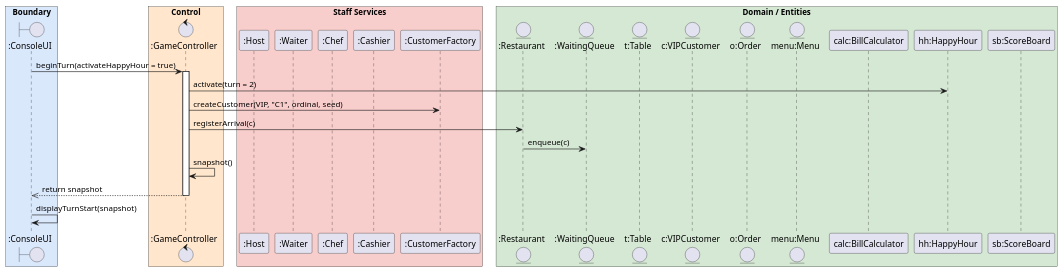
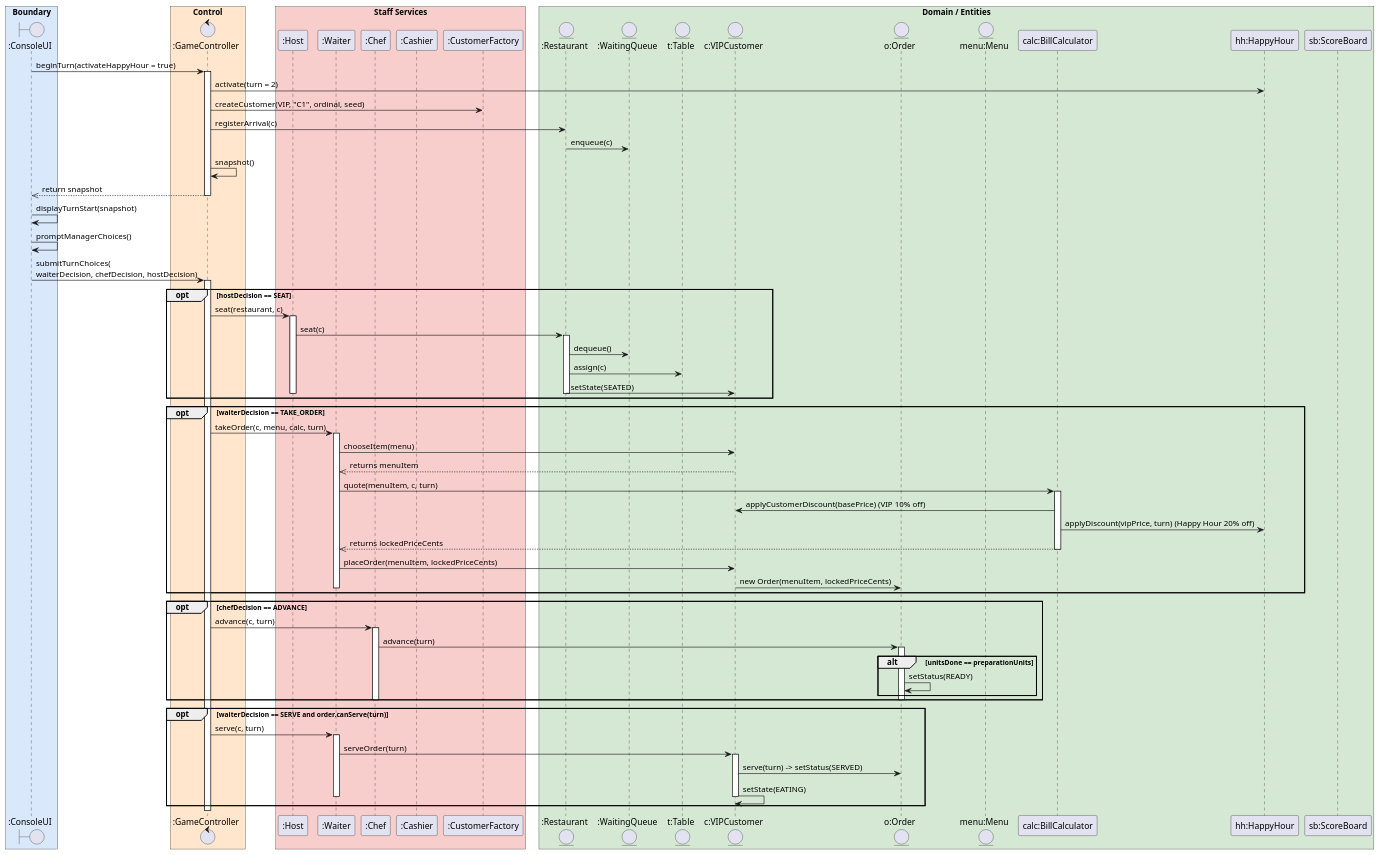
Before and after one commit to Chin-Wee/Restaurant_Rush: the diagram in RestaurantRush_SequenceDiagram.puml, drawn with PlantUML.

Commit message:
docs(sequence-diagram): trace turn start sequence and customer arrival

```diff
--- a/RestaurantRush_SequenceDiagram.puml
+++ b/RestaurantRush_SequenceDiagram.puml
@@ -1,43 +1,103 @@
 @startuml
 skinparam shadowing false
 skinparam boxPadding 10
 
 box "Boundary" #DAE8FC
 boundary ":ConsoleUI" as ConsoleUI
 end box
 
 box "Control" #FFE6CC
 control ":GameController" as GameController
 end box
 
 box "Staff Services" #F8CECC
 participant ":Host" as Host
 participant ":Waiter" as Waiter
 participant ":Chef" as Chef
 participant ":Cashier" as Cashier
 participant ":CustomerFactory" as CustomerFactory
 end box
 
 box "Domain / Entities" #D5E8D4
 entity ":Restaurant" as Restaurant
 entity ":WaitingQueue" as WaitingQueue
 entity "t:Table" as t
 entity "c:VIPCustomer" as c
 entity "o:Order" as o
 entity "menu:Menu" as menu
 participant "calc:BillCalculator" as calc
 participant "hh:HappyHour" as hh
 participant "sb:ScoreBoard" as sb
 end box
 ' ==== Phase 1 (Turn 2): Start of Turn & Display ====
 ConsoleUI -> GameController : beginTurn(activateHappyHour = true)
 activate GameController
 GameController -> hh : activate(turn = 2)
 GameController -> CustomerFactory : createCustomer(VIP, "C1", ordinal, seed)
 GameController -> Restaurant : registerArrival(c)
 Restaurant -> WaitingQueue : enqueue(c)
 GameController -> GameController : snapshot()
 GameController -->> ConsoleUI : return snapshot
 deactivate GameController
 ConsoleUI -> ConsoleUI : displayTurnStart(snapshot)
+
+' ==== Phase 2 (Turn 2): Manager Input & Decisions ====
+ConsoleUI -> ConsoleUI : promptManagerChoices()
+ConsoleUI -> GameController : submitTurnChoices(\nwaiterDecision, chefDecision, hostDecision)
+activate GameController
+
+' ==== Phase 3 (Turn 2): Seating decision (opt frame) ====
+opt hostDecision == SEAT
+GameController -> Host : seat(restaurant, c)
+activate Host
+Host -> Restaurant : seat(c)
+activate Restaurant
+Restaurant -> WaitingQueue : dequeue()
+Restaurant -> t : assign(c)
+Restaurant -> c : setState(SEATED)
+deactivate Restaurant
+deactivate Host
+end
+
+' ==== Phase 3 (Turn 2): Order placement (opt frame) ====
+opt waiterDecision == TAKE_ORDER
+GameController -> Waiter : takeOrder(c, menu, calc, turn)
+activate Waiter
+Waiter -> c : chooseItem(menu)
+c -->> Waiter : returns menuItem
+Waiter -> calc : quote(menuItem, c, turn)
+activate calc
+calc -> c : applyCustomerDiscount(basePrice) (VIP 10% off)
+calc -> hh : applyDiscount(vipPrice, turn) (Happy Hour 20% off)
+calc -->> Waiter : returns lockedPriceCents
+deactivate calc
+Waiter -> c : placeOrder(menuItem, lockedPriceCents)
+c -> o : new Order(menuItem, lockedPriceCents)
+deactivate Waiter
+end
+
+' ==== Phase 4 (Turn 2): Kitchen preparation (opt + alt frames) ====
+opt chefDecision == ADVANCE
+GameController -> Chef : advance(c, turn)
+activate Chef
+Chef -> o : advance(turn)
+activate o
+alt unitsDone == preparationUnits
+o -> o : setStatus(READY)
+end
+deactivate o
+deactivate Chef
+end
+
+' ==== Phase 4 (Turn 2): Serving (opt frame) ====
+opt waiterDecision == SERVE and order.canServe(turn)
+GameController -> Waiter : serve(c, turn)
+activate Waiter
+Waiter -> c : serveOrder(turn)
+activate c
+c -> o : serve(turn) -> setStatus(SERVED)
+c -> c : setState(EATING)
+deactivate c
+deactivate Waiter
+end
 @enduml
```
